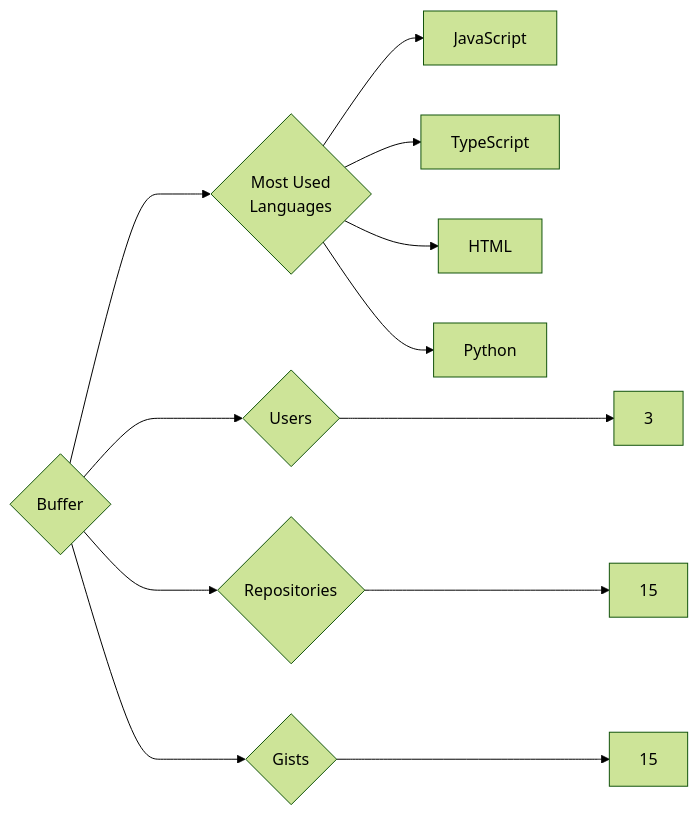
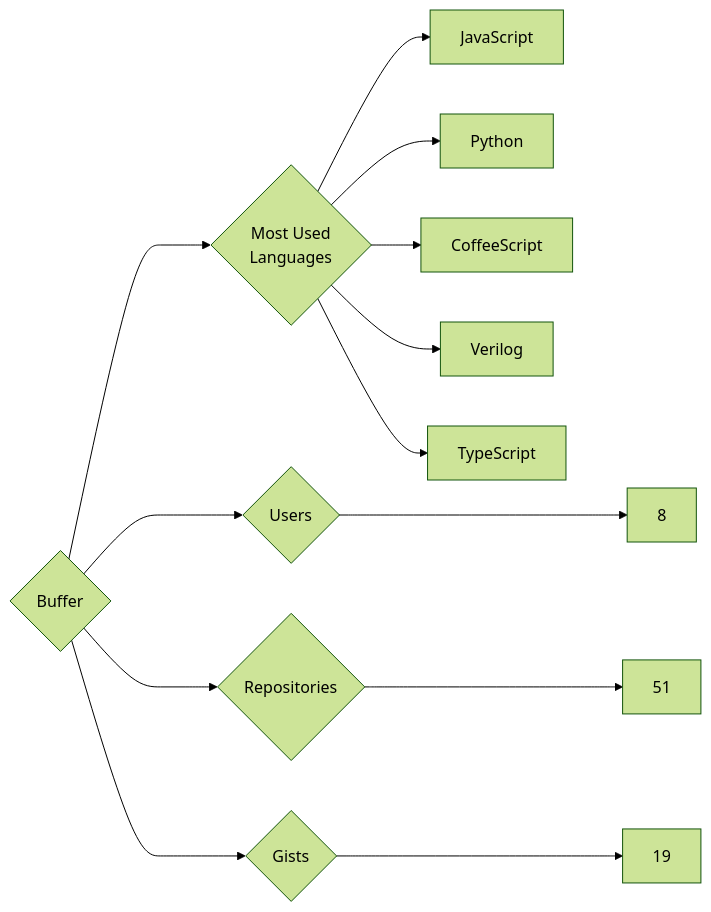
The diagram in targets/Buffer/README.md (trickest/insiders), drawn with Mermaid (forest theme) before and after one commit. The commit also changed 1175 other files, not shown here.

````diff
--- a/targets/Buffer/README.md
+++ b/targets/Buffer/README.md
@@ -3,12 +3,13 @@
 ```mermaid
 graph LR
 COMPANY_NAME{Buffer}
-COMPANY_NAME ---> U{Users} ---> UN[3]
-COMPANY_NAME ---> R{Repositories} ---> RN[15]
-COMPANY_NAME ---> G{Gists} ---> GN[15]
+COMPANY_NAME ---> U{Users} ---> UN[8]
+COMPANY_NAME ---> R{Repositories} ---> RN[51]
+COMPANY_NAME ---> G{Gists} ---> GN[19]
 COMPANY_NAME ---> ML{Most Used<br>Languages}
 ML --> JavaScript[JavaScript]
+ML --> Python[Python]
+ML --> CoffeeScript[CoffeeScript]
+ML --> Verilog[Verilog]
 ML --> TypeScript[TypeScript]
-ML --> HTML[HTML]
-ML --> Python[Python]
 ```
````
